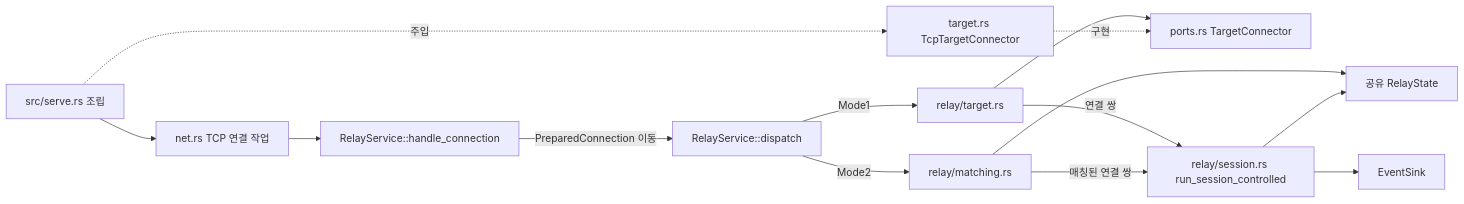
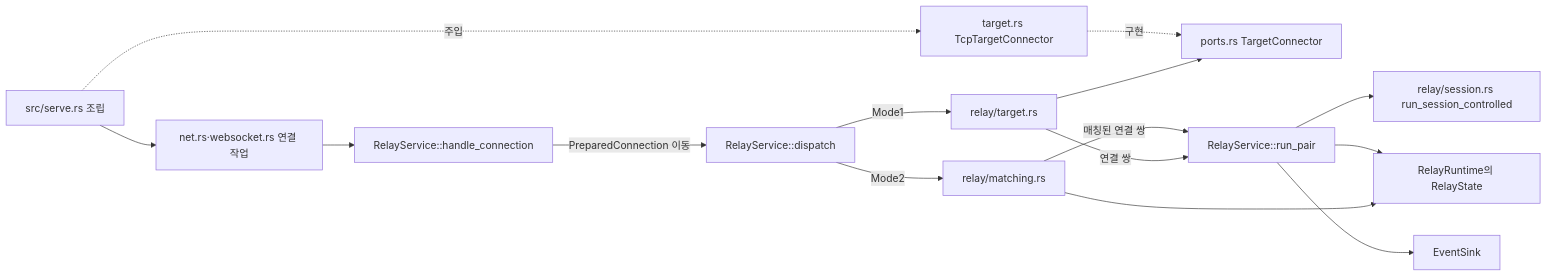
The diagram in docs/architectures/relay-session.md (kayden-kim/vnc-relay), drawn with Mermaid before and after one commit. The commit also changed other lines of this file and 2 other files, not shown here.

Commit message:
docs(architectures): sync relay module designs with current code

````diff
--- a/docs/architectures/relay-session.md
+++ b/docs/architectures/relay-session.md
@@ -37,16 +37,17 @@
 ```mermaid
 flowchart LR
-    SERVE["src/serve.rs 조립"] --> TCP["net.rs TCP 연결 작업"]
-    TCP --> HS["RelayService::handle_connection"]
+    SERVE["src/serve.rs 조립"] --> ENTRY["net.rs·websocket.rs 연결 작업"]
+    ENTRY --> HS["RelayService::handle_connection"]
     HS -->|"PreparedConnection 이동"| DISPATCH["RelayService::dispatch"]
     DISPATCH -->|"Mode1"| TARGET["relay/target.rs"]
     DISPATCH -->|"Mode2"| MATCH["relay/matching.rs"]
     TARGET --> PORT["ports.rs TargetConnector"]
     SERVE -.->|"주입"| ADAPTER["target.rs TcpTargetConnector"]
     ADAPTER -.->|"구현"| PORT
-    TARGET -->|"연결 쌍"| SESSION["relay/session.rs run_session_controlled"]
-    MATCH -->|"매칭된 연결 쌍"| SESSION
-    MATCH --> STATE["공유 RelayState"]
-    SESSION --> STATE
-    SESSION --> LOG["EventSink"]
+    TARGET -->|"연결 쌍"| PAIR["RelayService::run_pair"]
+    MATCH -->|"매칭된 연결 쌍"| PAIR
+    PAIR --> SESSION["relay/session.rs run_session_controlled"]
+    MATCH --> STATE["RelayRuntime의 RelayState"]
+    PAIR --> STATE
+    PAIR --> LOG["EventSink"]
 ```
````
